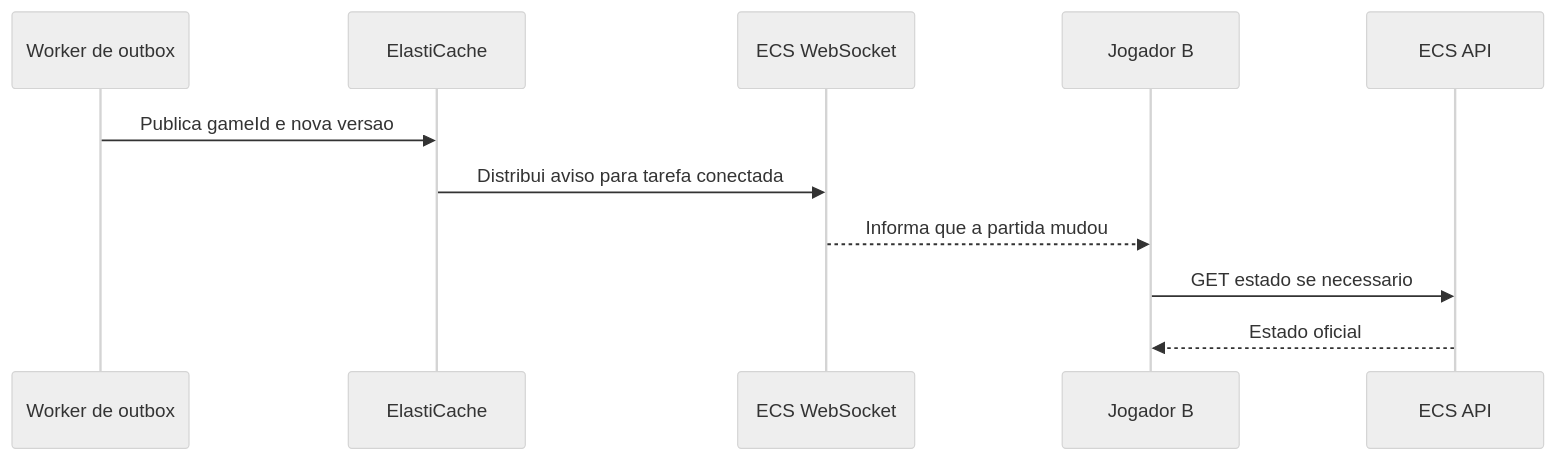
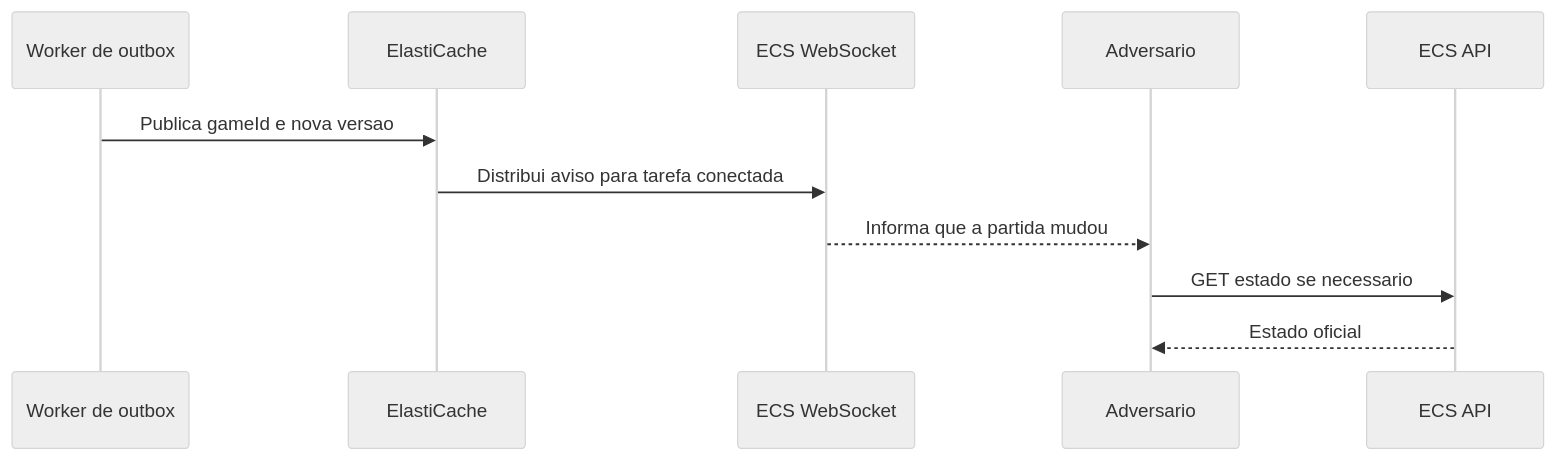
Before and after one commit to ralvesper/checkers-aws: the third of 4 diagrams in docs/diagrams/aws-deployment-global.md, drawn with Mermaid (neutral theme). The commit also changed other lines of this file, not shown here.

````diff
--- a/docs/diagrams/aws-deployment-global.md
+++ b/docs/diagrams/aws-deployment-global.md
@@ -90,13 +90,13 @@
 ```mermaid
 sequenceDiagram
     participant O as Worker de outbox
     participant R as ElastiCache
     participant W as ECS WebSocket
-    participant B as Jogador B
+    participant B as Adversario
     participant API as ECS API
     O->>R: Publica gameId e nova versao
     R->>W: Distribui aviso para tarefa conectada
     W-->>B: Informa que a partida mudou
     B->>API: GET estado se necessario
     API-->>B: Estado oficial
 ```
````
